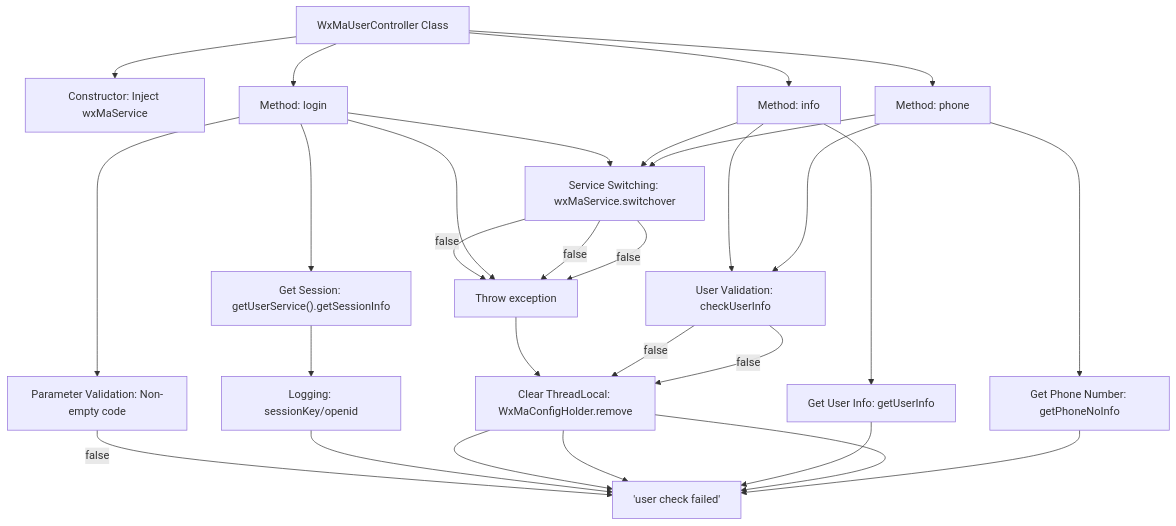
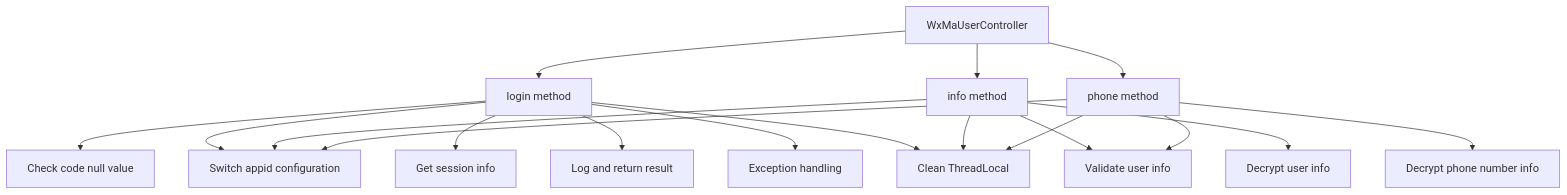
One commit to v-wjrong/rongwj666_weixin-java-miniapp-demo changed the second of 2 diagrams in docs/en/docs/src/main/java/com/github/binarywang/demo/wx/miniapp/controller/WxMaUserController.md. Above: the diagram before and after it, drawn with Mermaid. The commit also changed other lines of this file and 42 other files, not shown here.

````diff
--- a/docs/en/docs/src/main/java/com/github/binarywang/demo/wx/miniapp/controller/WxMaUserController.md
+++ b/docs/en/docs/src/main/java/com/github/binarywang/demo/wx/miniapp/controller/WxMaUserController.md
@@ -80,33 +93,34 @@
 ```mermaid
 graph TD
-    A["WxMaUserController Class"]
-    B["Constructor: Inject wxMaService"]
-    C["Method: login"]
-    D["Method: info"]
-    E["Method: phone"]
-    F["Parameter Validation: Non-empty code"]
-    G["Service Switching: wxMaService.switchover"]
-    H["Get Session: getUserService().getSessionInfo"]
-    I["Logging: sessionKey/openid"]
-    J["Exception Handling: WxErrorException"]
-    K["Clear ThreadLocal: WxMaConfigHolder.remove"]
-    L["User Validation: checkUserInfo"]
-    M["Get User Info: getUserInfo"]
-    N["Get Phone Number: getPhoneNoInfo"]
-    O["Return JSON Result"]
+    A["WxMaUserController"]
+    B["login method"]
+    C["info method"]
+    D["phone method"]
+    E["Check code null value"]
+    F["Switch appid configuration"]
+    G["Get session info"]
+    H["Log and return result"]
+    I["Exception handling"]
+    J["Clean ThreadLocal"]
+    K["Validate user info"]
+    L["Decrypt user info"]
+    M["Decrypt phone number info"]
 
     A --> B
     A --> C
     A --> D
-    A --> E
-    C --> F -->|false| O["'empty jscode'"]
-    C --> G -->|false| J["Throw exception"]
-    C --> H --> I --> O
-    C --> J --> K --> O
-    D --> G -->|false| J
-    D --> L -->|false| K --> O["'user check failed'"]
-    D --> M --> O
-    E --> G -->|false| J
-    E --> L -->|false| K --> O["'user check failed'"]
-    E --> N --> O
+    B --> E["Check code null value"]
+    B --> F["Switch appid configuration"]
+    B --> G["Get session info"]
+    B --> H["Log and return result"]
+    B --> I["Exception handling"]
+    B --> J["Clean ThreadLocal"]
+    C --> F
+    C --> K["Validate user info"]
+    C --> L["Decrypt user info"]
+    C --> J
+    D --> F
+    D --> K
+    D --> M["Decrypt phone number info"]
+    D --> J
 ```
````
